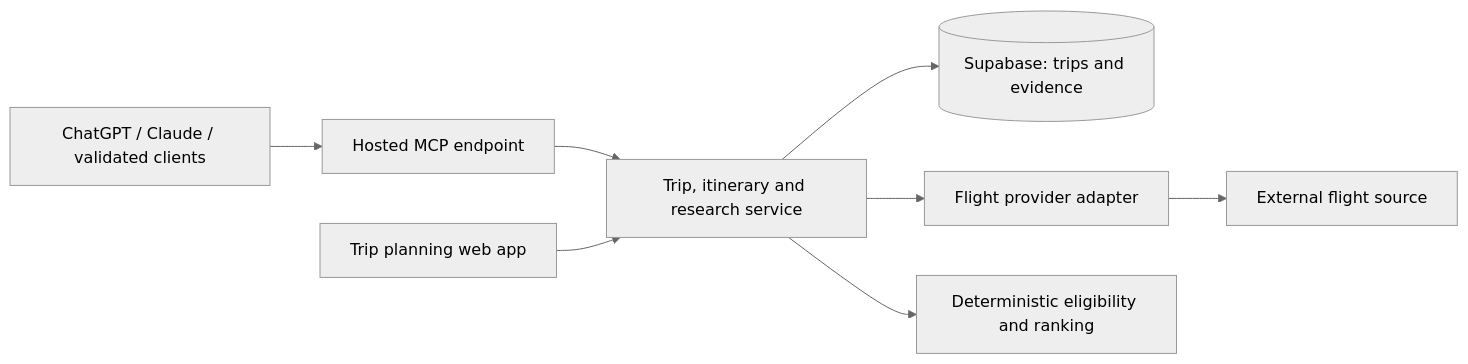
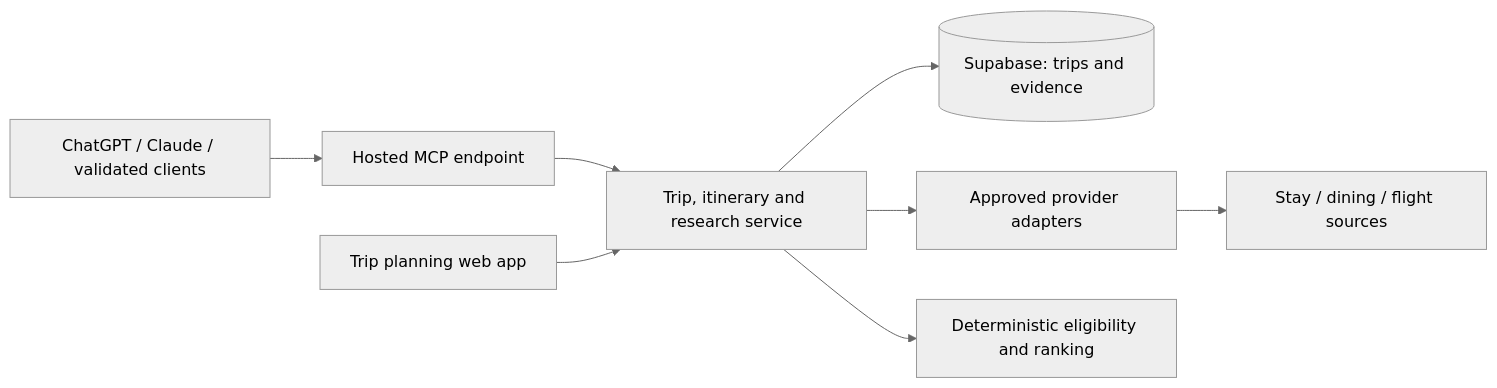
One commit to eddieyang-97/trip-planning-engine changed the diagram in docs/prd.md. Above: the diagram before and after it, drawn with Mermaid (neutral theme). The commit also changed other lines of this file, not shown here.

````diff
--- a/docs/prd.md
+++ b/docs/prd.md
@@ -297,10 +297,10 @@
 ```mermaid
 flowchart LR
     Clients[ChatGPT / Claude / validated clients] --> MCP[Hosted MCP endpoint]
     MCP --> Core[Trip, itinerary and research service]
     Web[Trip planning web app] --> Core
     Core --> Store[(Supabase: trips and evidence)]
-    Core --> Adapter[Flight provider adapter]
-    Adapter --> Provider[External flight source]
+    Core --> Adapter[Approved provider adapters]
+    Adapter --> Provider[Stay / dining / flight sources]
     Core --> Rank[Deterministic eligibility and ranking]
 ```
````
